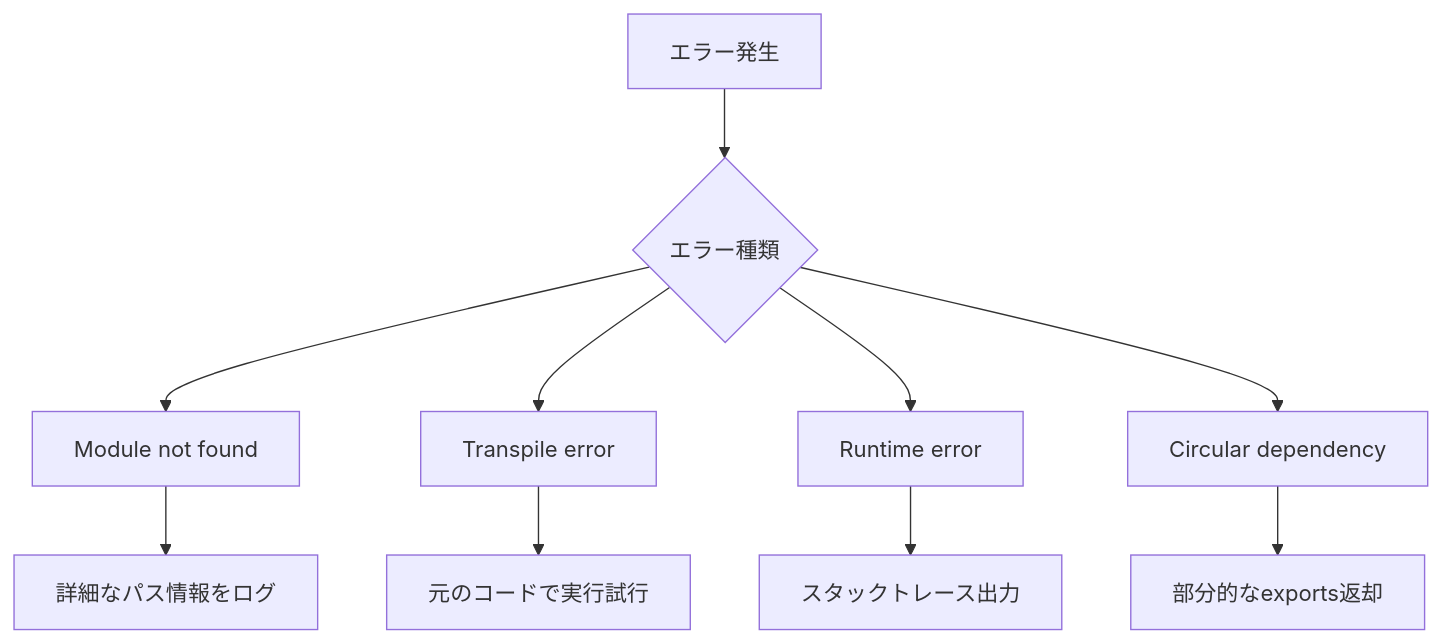
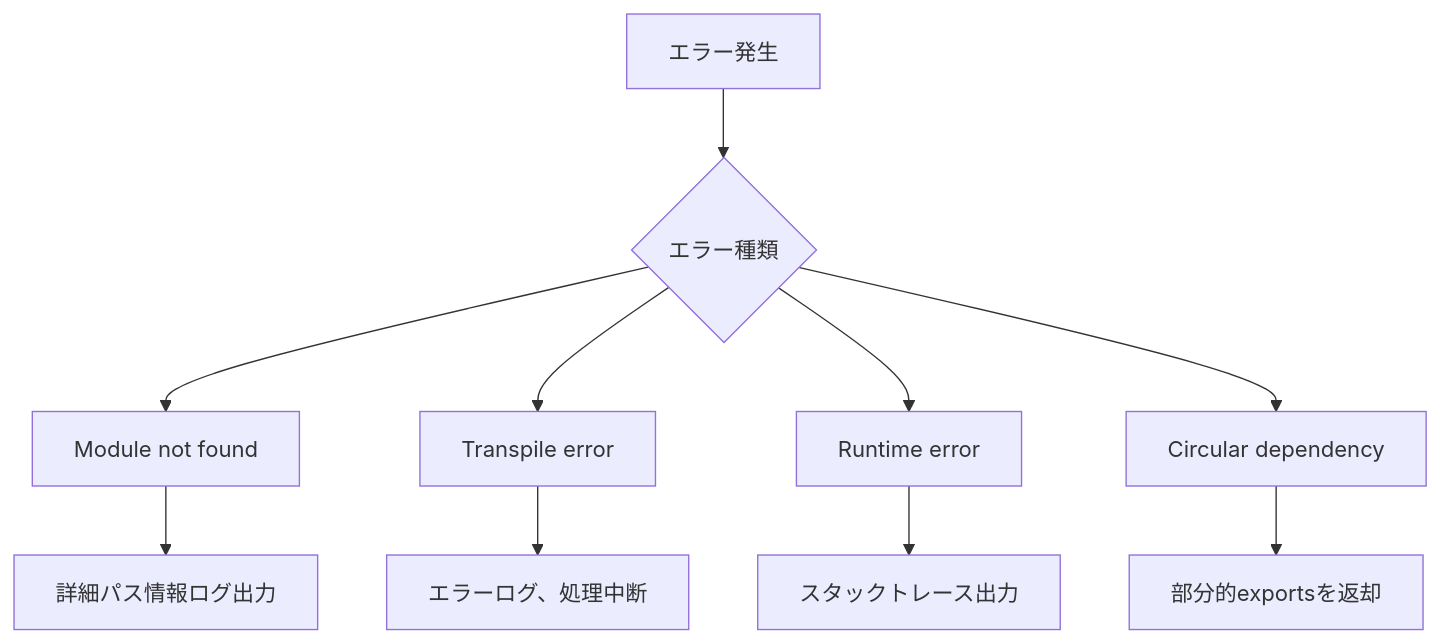
Diagram 12 of 12 in docs/NODE-RUNTIME.md (Stasshe/Pyxis-CodeCanvas), drawn with Mermaid before and after one commit. The commit also changed other lines of this file and 3 other files, not shown here.

````diff
--- a/docs/NODE-RUNTIME.md
+++ b/docs/NODE-RUNTIME.md
@@ -628,26 +743,26 @@
 ```mermaid
 graph TB
     Error[エラー発生]
     Type{エラー種類}
     
     NotFound[Module not found]
     Transpile[Transpile error]
     Runtime[Runtime error]
     Circular[Circular dependency]
     
-    NotFoundHandle[詳細なパス情報をログ]
-    TranspileHandle[元のコードで実行試行]
-    RuntimeHandle[スタックトレース出力]
-    CircularHandle[部分的なexports返却]
+    NFHandle[詳細パス情報ログ出力]
+    THandle[エラーログ、処理中断]
+    RHandle[スタックトレース出力]
+    CHandle[部分的exportsを返却]
     
     Error --> Type
     Type --> NotFound
     Type --> Transpile
     Type --> Runtime
     Type --> Circular
     
-    NotFound --> NotFoundHandle
-    Transpile --> TranspileHandle
-    Runtime --> RuntimeHandle
-    Circular --> CircularHandle
+    NotFound --> NFHandle
+    Transpile --> THandle
+    Runtime --> RHandle
+    Circular --> CHandle
 ```
````
